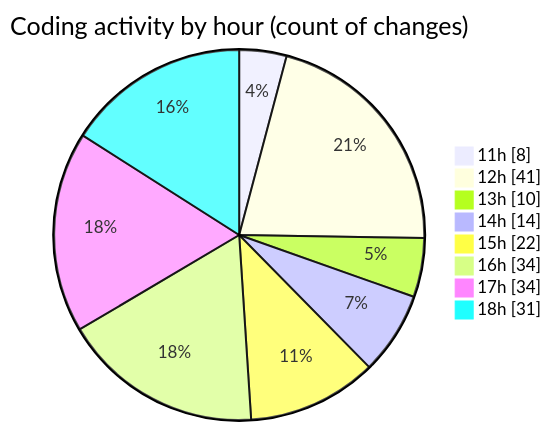
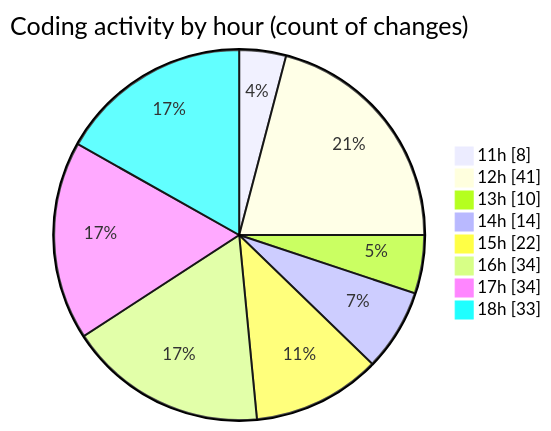
One commit to BS-eng2023/code-tracking changed the second of 2 diagrams in 2025-05-04/project/README.md. Above: the diagram before and after it, drawn with Mermaid. The commit also changed other lines of this file and 1 other file, not shown here.

````diff
--- a/2025-05-04/project/README.md
+++ b/2025-05-04/project/README.md
@@ -54,12 +54,12 @@
 ```mermaid
 pie showData
 title Coding activity by hour (count of changes)
 "11h" : 8
 "12h" : 41
 "13h" : 10
 "14h" : 14
 "15h" : 22
 "16h" : 34
 "17h" : 34
-"18h" : 31
+"18h" : 33
 ```
````
